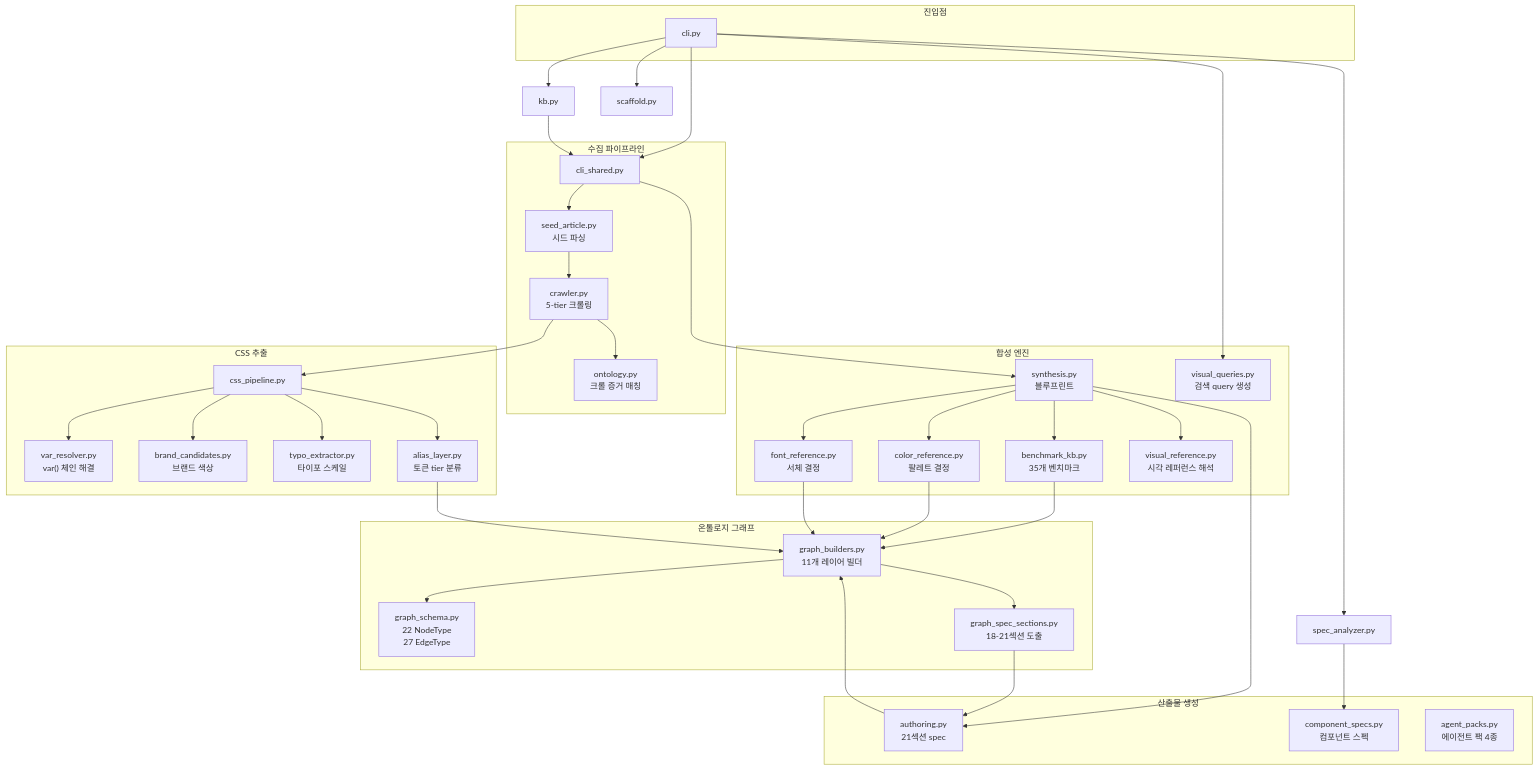
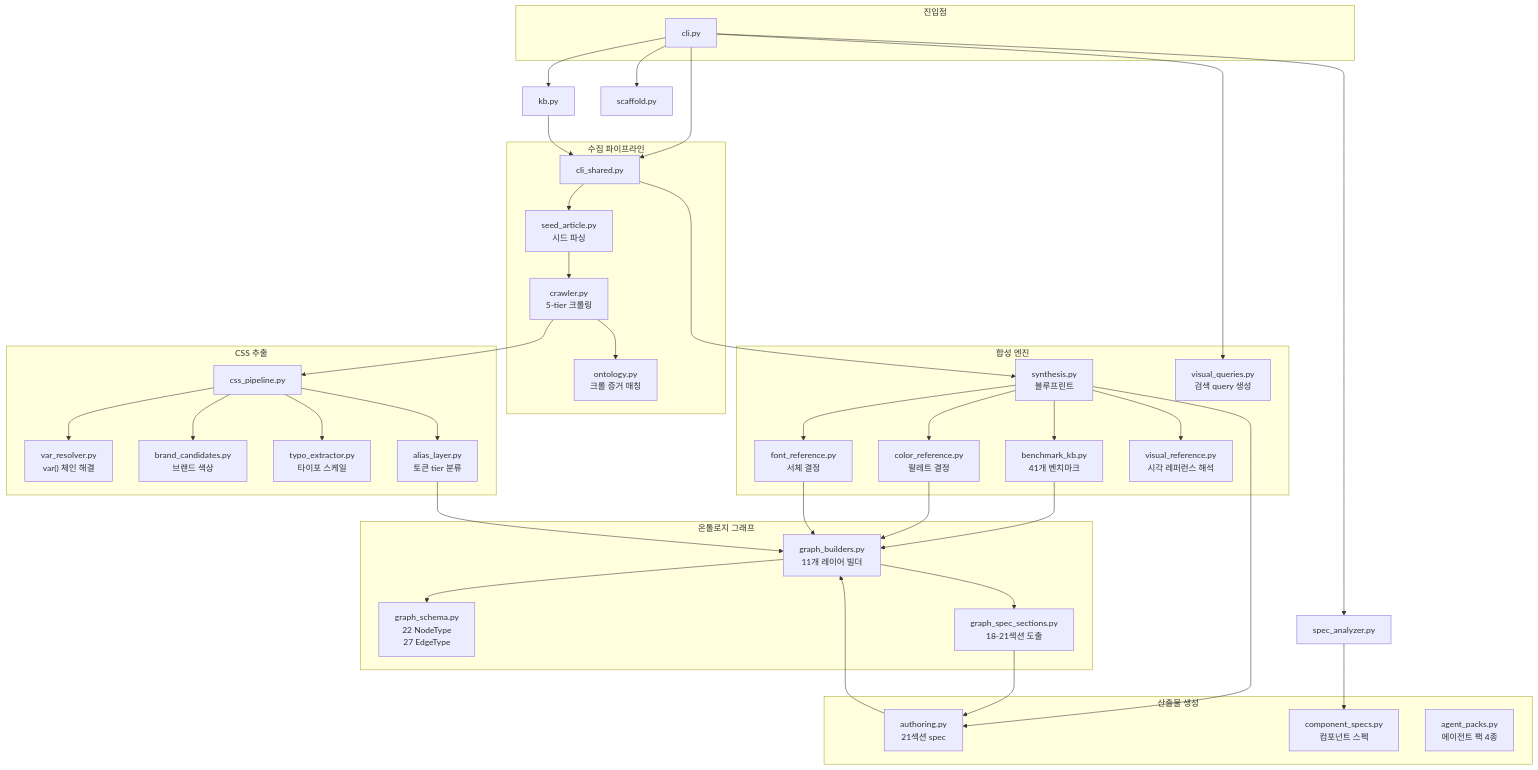
One commit to 2000silpeed/design-ontology-harness changed the third of 3 diagrams in README.md. Above: the diagram before and after it, drawn with Mermaid. The commit also changed other lines of this file and 26 other files, not shown here.

````diff
--- a/README.md
+++ b/README.md
@@ -689,73 +690,73 @@
 ```mermaid
 graph TB
     subgraph ENTRY["진입점"]
         CLI["cli.py"]
     end
 
     subgraph PIPELINE["수집 파이프라인"]
         SHARED["cli_shared.py"]
         SEED_MOD["seed_article.py\n시드 파싱"]
         CRAWLER["crawler.py\n5-tier 크롤링"]
         ONTOLOGY["ontology.py\n크롤 증거 매칭"]
     end
 
     subgraph CSS["CSS 추출"]
         CSS_PIPE["css_pipeline.py"]
         VAR_RES["var_resolver.py\nvar() 체인 해결"]
         BRAND_C["brand_candidates.py\n브랜드 색상"]
         TYPO_EX["typo_extractor.py\n타이포 스케일"]
         ALIAS["alias_layer.py\n토큰 tier 분류"]
     end
 
     subgraph SYNTHESIS["합성 엔진"]
         SYNTH["synthesis.py\n블루프린트"]
         COLOR["color_reference.py\n팔레트 결정"]
         FONT["font_reference.py\n서체 결정"]
-        BENCH["benchmark_kb.py\n35개 벤치마크"]
+        BENCH["benchmark_kb.py\n41개 벤치마크"]
         VISUAL["visual_reference.py\n시각 레퍼런스 해석"]
         VQUERY["visual_queries.py\n검색 query 생성"]
     end
 
     subgraph GRAPH["온톨로지 그래프"]
         SCHEMA["graph_schema.py\n22 NodeType\n27 EdgeType"]
         BUILDERS["graph_builders.py\n11개 레이어 빌더"]
         SECTIONS["graph_spec_sections.py\n18-21섹션 도출"]
     end
 
     subgraph OUTPUT["산출물 생성"]
         AUTH["authoring.py\n21섹션 spec"]
         COMP_SPEC["component_specs.py\n컴포넌트 스펙"]
         AGENT["agent_packs.py\n에이전트 팩 4종"]
     end
 
     CLI --> SHARED
     CLI --> KB["kb.py"] --> SHARED
     CLI --> SCAFFOLD["scaffold.py"]
     CLI --> SPEC_AN["spec_analyzer.py"] --> COMP_SPEC
 
     SHARED --> SEED_MOD --> CRAWLER
     CRAWLER --> CSS_PIPE
     CRAWLER --> ONTOLOGY
     CSS_PIPE --> VAR_RES
     CSS_PIPE --> BRAND_C
     CSS_PIPE --> TYPO_EX
     CSS_PIPE --> ALIAS
 
     SHARED --> SYNTH
     SYNTH --> COLOR
     SYNTH --> FONT
     SYNTH --> BENCH
     SYNTH --> VISUAL
     SYNTH --> AUTH
     CLI --> VQUERY
 
     AUTH --> BUILDERS
     BUILDERS --> SCHEMA
     BUILDERS --> SECTIONS
     SECTIONS --> AUTH
 
     BENCH --> BUILDERS
     COLOR --> BUILDERS
     FONT --> BUILDERS
     ALIAS --> BUILDERS
 ```
````
